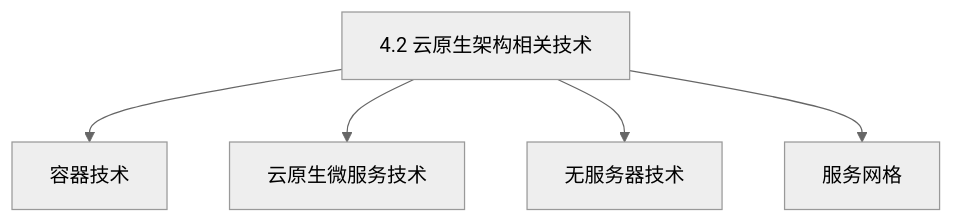
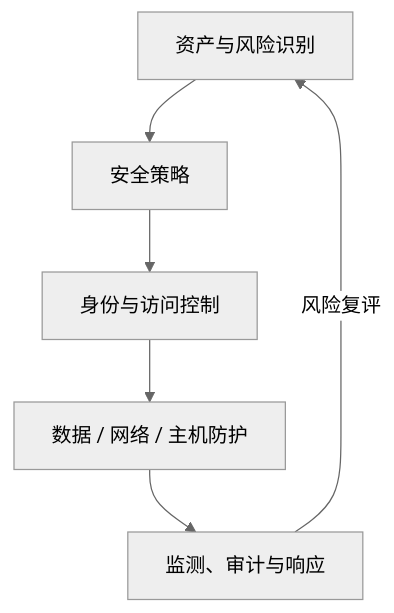
One commit to mingf423/ruankao changed the eighth of 9 diagrams in docs/system-architecture-designer/01_官方大纲与考试政策/02_案例分析大纲脑图.md. Above: the diagram before and after it, drawn with Mermaid (neutral theme). The commit also changed other lines of this file, not shown here.

Commit message:
Redesign case diagrams as concise architecture concept maps

````diff
--- a/docs/system-architecture-designer/01_官方大纲与考试政策/02_案例分析大纲脑图.md
+++ b/docs/system-architecture-designer/01_官方大纲与考试政策/02_案例分析大纲脑图.md
@@ -251,12 +113,8 @@
 ```mermaid
 flowchart TD
-  R["4.2 云原生架构相关技术"]
-  N1["容器技术"]
-  R --> N1
-  N2["云原生微服务技术"]
-  R --> N2
-  N3["无服务器技术"]
-  R --> N3
-  N4["服务网格"]
-  R --> N4
+  A["资产与风险识别"] --> B["安全策略"]
+  B --> C["身份与访问控制"]
+  C --> D["数据 / 网络 / 主机防护"]
+  D --> E["监测、审计与响应"]
+  E -->|"风险复评"| A
 ```
````
